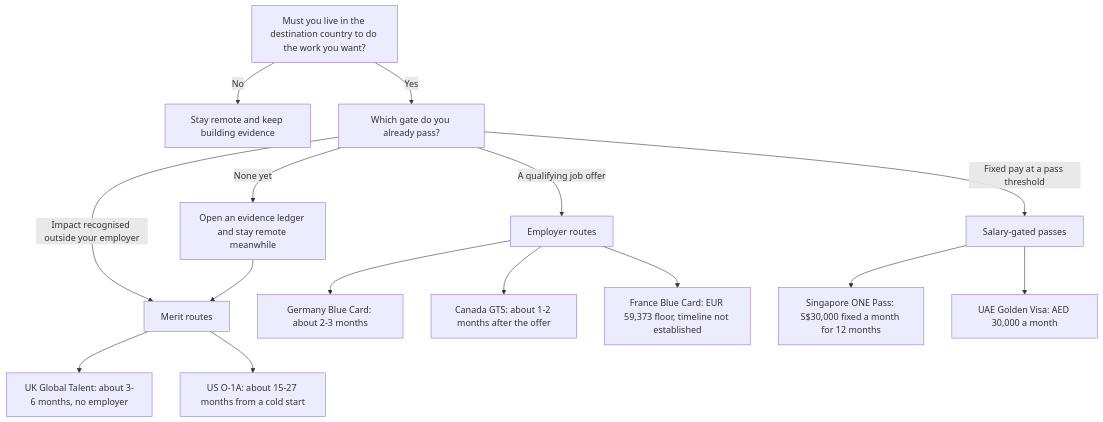
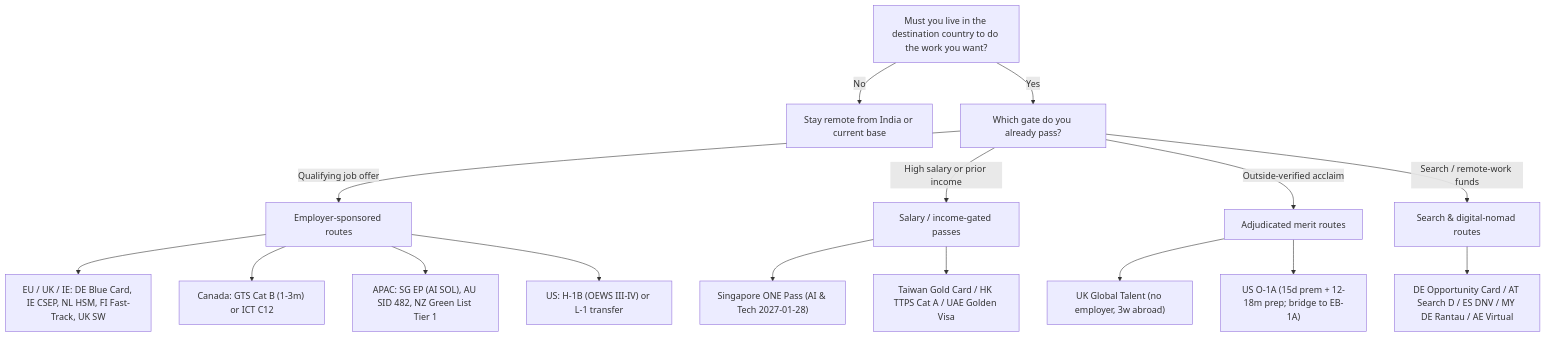
One commit to bhaskarjha-dev/genai-career changed the diagram in career/11-tracks/visa-and-relocation.md. Above: the diagram before and after it, drawn with Mermaid. The commit also changed other lines of this file and 16 other files, not shown here.

First line of the commit message:
feat(tracks): integrate R2 country rankings, 6 visa dossiers, remote/EOR and track playbooks

````diff
--- a/career/11-tracks/visa-and-relocation.md
+++ b/career/11-tracks/visa-and-relocation.md
@@ -38,18 +38,19 @@
 ```mermaid
 flowchart TD
     Q1["Must you live in the destination country to do the work you want?"]
-    Q1 -->|"No"| REM["Stay remote and keep building evidence"]
+    Q1 -->|"No"| REM["Stay remote from India or current base"]
     Q1 -->|"Yes"| Q2["Which gate do you already pass?"]
-    Q2 -->|"A qualifying job offer"| OFFER["Employer routes"]
-    Q2 -->|"Fixed pay at a pass threshold"| PAY["Salary-gated passes"]
-    Q2 -->|"Impact recognised outside your employer"| MERIT["Merit routes"]
-    Q2 -->|"None yet"| LEDGER["Open an evidence ledger and stay remote meanwhile"]
-    OFFER --> DE["Germany Blue Card: about 2-3 months"]
-    OFFER --> CA["Canada GTS: about 1-2 months after the offer"]
-    OFFER --> FR["France Blue Card: EUR 59,373 floor, timeline not established"]
-    PAY --> SG["Singapore ONE Pass: S$30,000 fixed a month for 12 months"]
-    PAY --> AE["UAE Golden Visa: AED 30,000 a month"]
-    MERIT --> UK["UK Global Talent: about 3-6 months, no employer"]
-    MERIT --> US["US O-1A: about 15-27 months from a cold start"]
-    LEDGER --> MERIT
+    Q2 -->|"Qualifying job offer"| OFFER["Employer-sponsored routes"]
+    Q2 -->|"High salary or prior income"| PAY["Salary / income-gated passes"]
+    Q2 -->|"Outside-verified acclaim"| MERIT["Adjudicated merit routes"]
+    Q2 -->|"Search / remote-work funds"| SEARCH["Search & digital-nomad routes"]
+    OFFER --> EU["EU / UK / IE: DE Blue Card, IE CSEP, NL HSM, FI Fast-Track, UK SW"]
+    OFFER --> CA["Canada: GTS Cat B (1-3m) or ICT C12"]
+    OFFER --> APAC["APAC: SG EP (AI SOL), AU SID 482, NZ Green List Tier 1"]
+    OFFER --> US1["US: H-1B (OEWS III-IV) or L-1 transfer"]
+    PAY --> SG["Singapore ONE Pass (AI & Tech 2027-01-28)"]
+    PAY --> TW["Taiwan Gold Card / HK TTPS Cat A / UAE Golden Visa"]
+    MERIT --> UK["UK Global Talent (no employer, 3w abroad)"]
+    MERIT --> US2["US O-1A (15d prem + 12-18m prep; bridge to EB-1A)"]
+    SEARCH --> DNV["DE Opportunity Card / AT Search D / ES DNV / MY DE Rantau / AE Virtual"]
 ```
````
